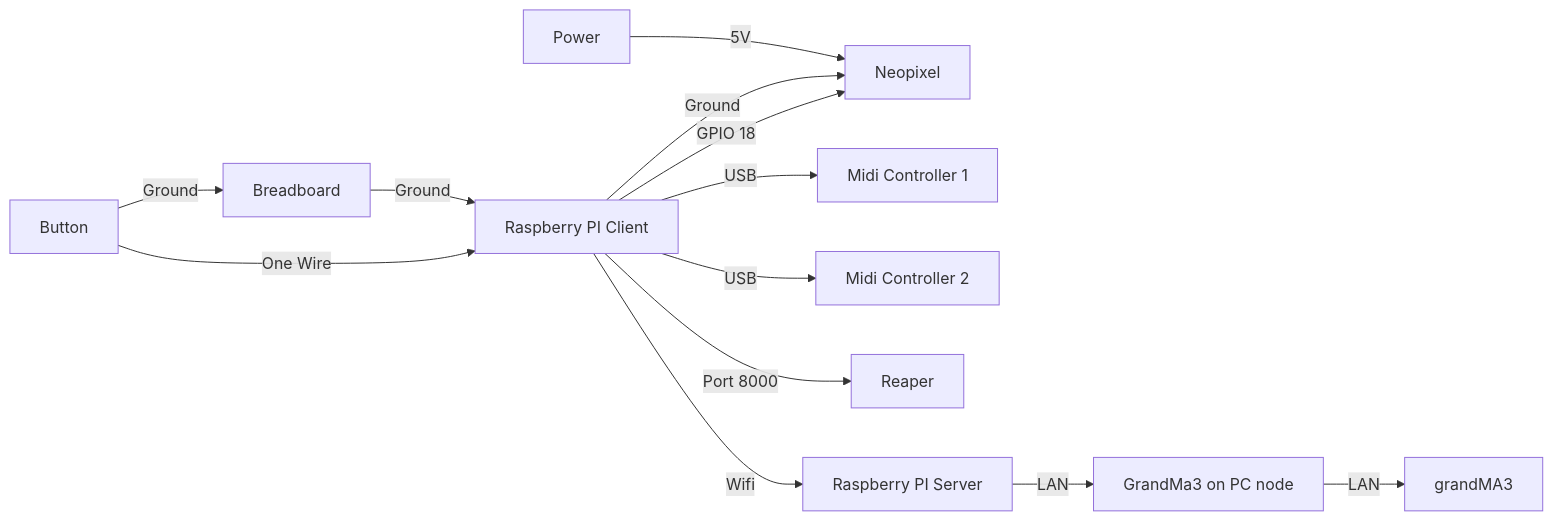
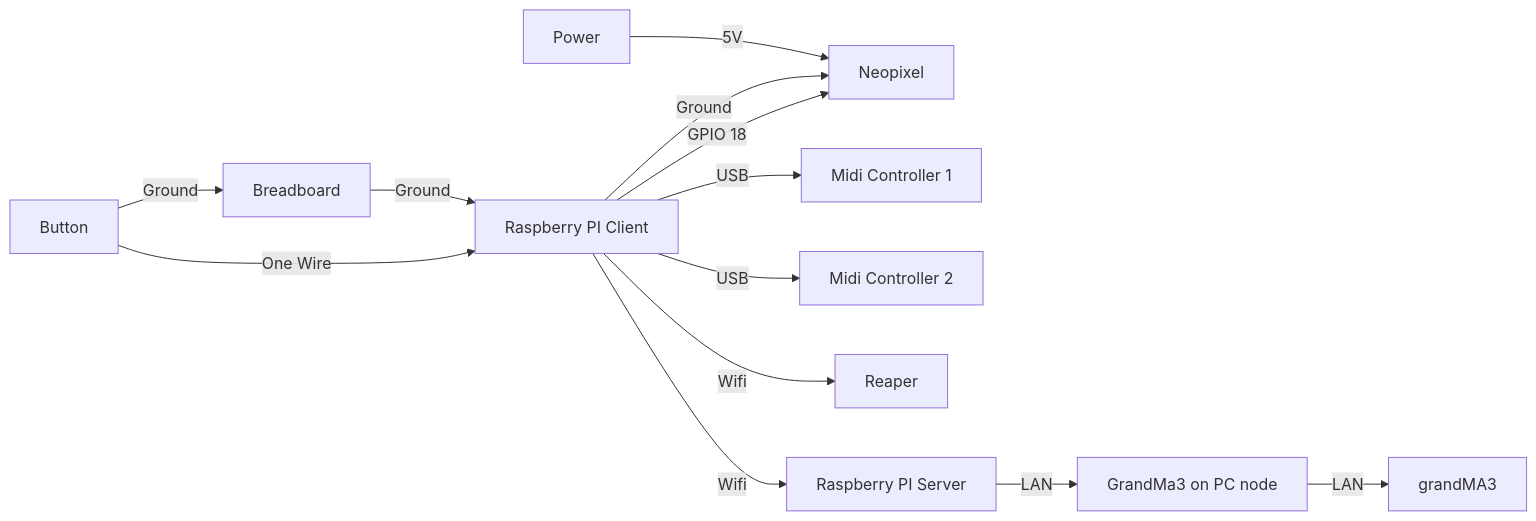
The diagram in README.md (Kean-en/TeamA-Egl314), drawn with Mermaid before and after one commit.

Commit message:
Edited System Diagram

````diff
--- a/README.md
+++ b/README.md
@@ -45,26 +45,26 @@
 ```mermaid
 graph LR
 A[Button]
 B[Breadboard]
 C[Raspberry PI Client]
 D[Neopixel]
 E[Midi Controller 1]
 F[Midi Controller 2]
 G[Reaper]
 H[grandMA3]
 I[Raspberry PI Server]
 J[GrandMa3 on PC node]
 
 A --Ground--> B
 A --One Wire--> C
 B --Ground--> C
 C --GPIO 18--> D
 C --Ground--> D
 C --USB--> E
 C --USB--> F
 Power --5V--> D
-C --Port 8000--> G
+C --Wifi--> G
 C --Wifi--> I
 I --LAN--> J
 J --LAN--> H
 ```
````
